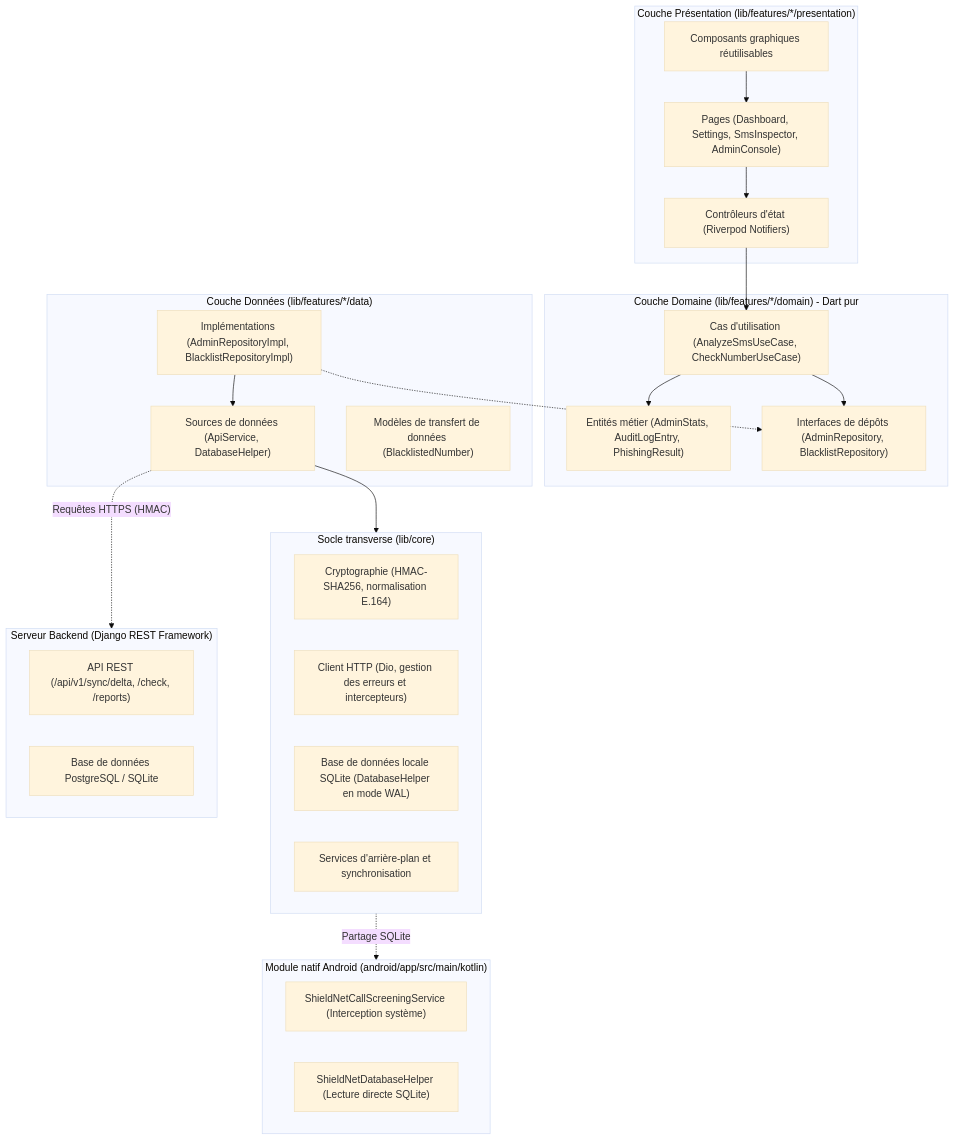
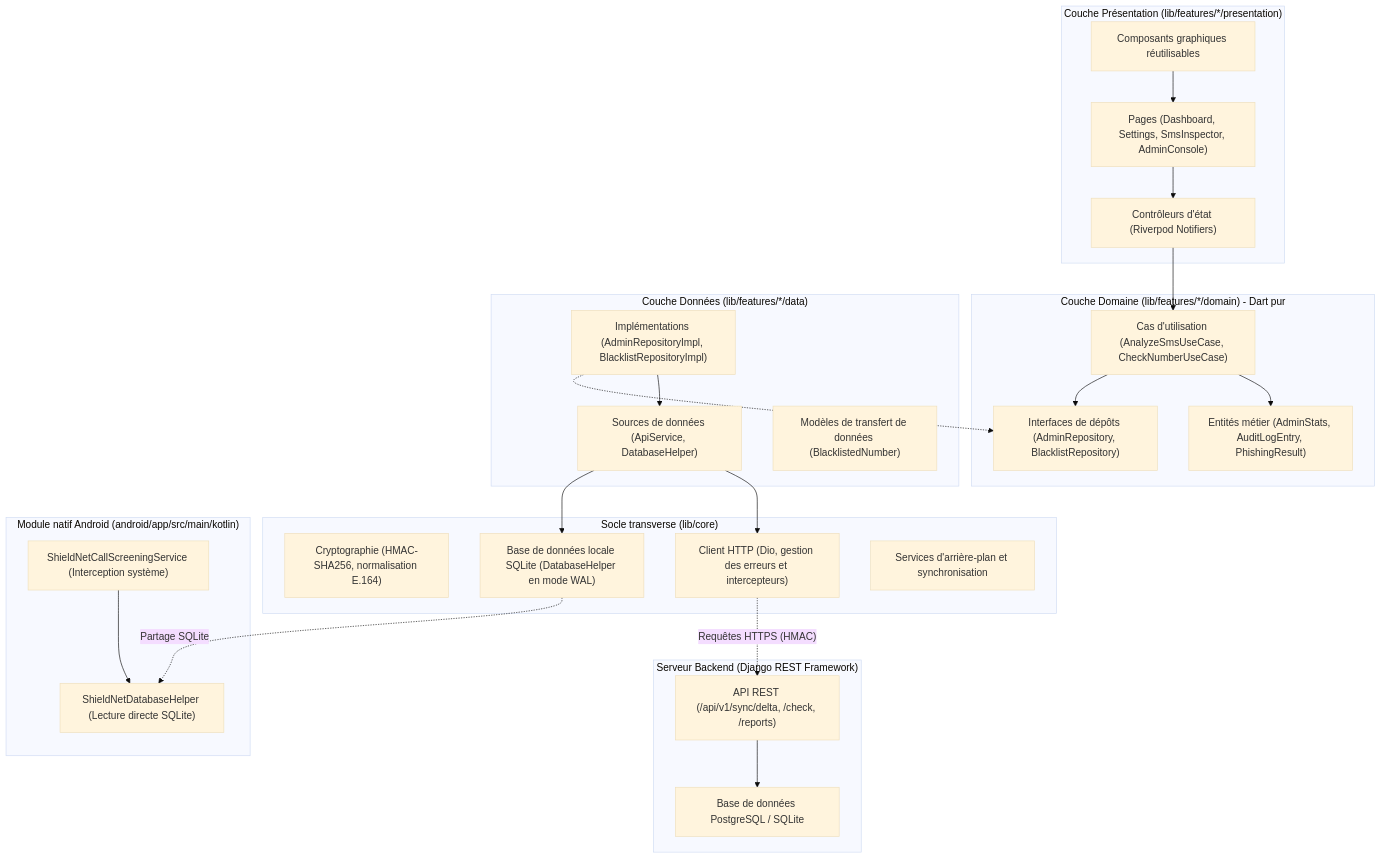
Before and after one commit to fadelilyas01/Projet_Synthese: the first of 7 diagrams in docs/ARCHITECTURE_ET_CONCEPTION.md, drawn with Mermaid (base theme). The commit also changed other lines of this file and 19 other files, not shown here.

````diff
--- a/docs/ARCHITECTURE_ET_CONCEPTION.md
+++ b/docs/ARCHITECTURE_ET_CONCEPTION.md
@@ -17,48 +17,51 @@
 ```mermaid
-graph TD
+flowchart TD
     subgraph Presentation_Layer ["Couche Présentation (lib/features/*/presentation)"]
         UI_Pages["Pages (Dashboard, Settings, SmsInspector, AdminConsole)"]
         UI_Widgets["Composants graphiques réutilisables"]
         Controllers["Contrôleurs d'état (Riverpod Notifiers)"]
     end
 
     subgraph Domain_Layer ["Couche Domaine (lib/features/*/domain) - Dart pur"]
         UseCases["Cas d'utilisation (AnalyzeSmsUseCase, CheckNumberUseCase)"]
         Entities["Entités métier (AdminStats, AuditLogEntry, PhishingResult)"]
         RepoInterfaces["Interfaces de dépôts (AdminRepository, BlacklistRepository)"]
     end
 
     subgraph Data_Layer ["Couche Données (lib/features/*/data)"]
         RepoImpl["Implémentations (AdminRepositoryImpl, BlacklistRepositoryImpl)"]
         DataSources["Sources de données (ApiService, DatabaseHelper)"]
         DTOs["Modèles de transfert de données (BlacklistedNumber)"]
     end
 
     subgraph Core_Layer ["Socle transverse (lib/core)"]
         Crypto["Cryptographie (HMAC-SHA256, normalisation E.164)"]
         Network["Client HTTP (Dio, gestion des erreurs et intercepteurs)"]
         Database["Base de données locale SQLite (DatabaseHelper en mode WAL)"]
         Services["Services d'arrière-plan et synchronisation"]
     end
 
     subgraph Native_Android ["Module natif Android (android/app/src/main/kotlin)"]
         CallScreening["ShieldNetCallScreeningService (Interception système)"]
         NativeDB["ShieldNetDatabaseHelper (Lecture directe SQLite)"]
     end
 
     subgraph Backend_Django ["Serveur Backend (Django REST Framework)"]
         DjangoAPI["API REST (/api/v1/sync/delta, /check, /reports)"]
         DjangoDB["Base de données PostgreSQL / SQLite"]
     end
 
     UI_Widgets --> UI_Pages
     UI_Pages --> Controllers
     Controllers --> UseCases
     UseCases --> RepoInterfaces
     UseCases --> Entities
     RepoImpl -.-> RepoInterfaces
     RepoImpl --> DataSources
-    DataSources --> Core_Layer
-    Core_Layer -. Partage SQLite .-> Native_Android
-    DataSources -. Requêtes HTTPS (HMAC) .-> Backend_Django
+    DataSources --> Database
+    DataSources --> Network
+    CallScreening --> NativeDB
+    Database -.->|"Partage SQLite"| NativeDB
+    Network -.->|"Requêtes HTTPS (HMAC)"| DjangoAPI
+    DjangoAPI --> DjangoDB
 ```
````
